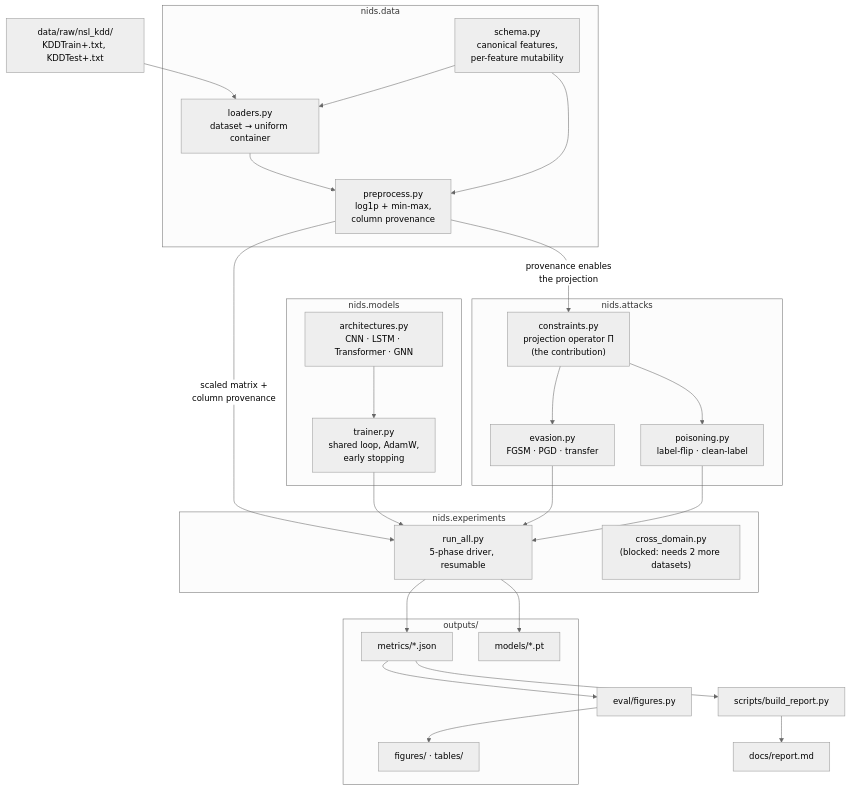
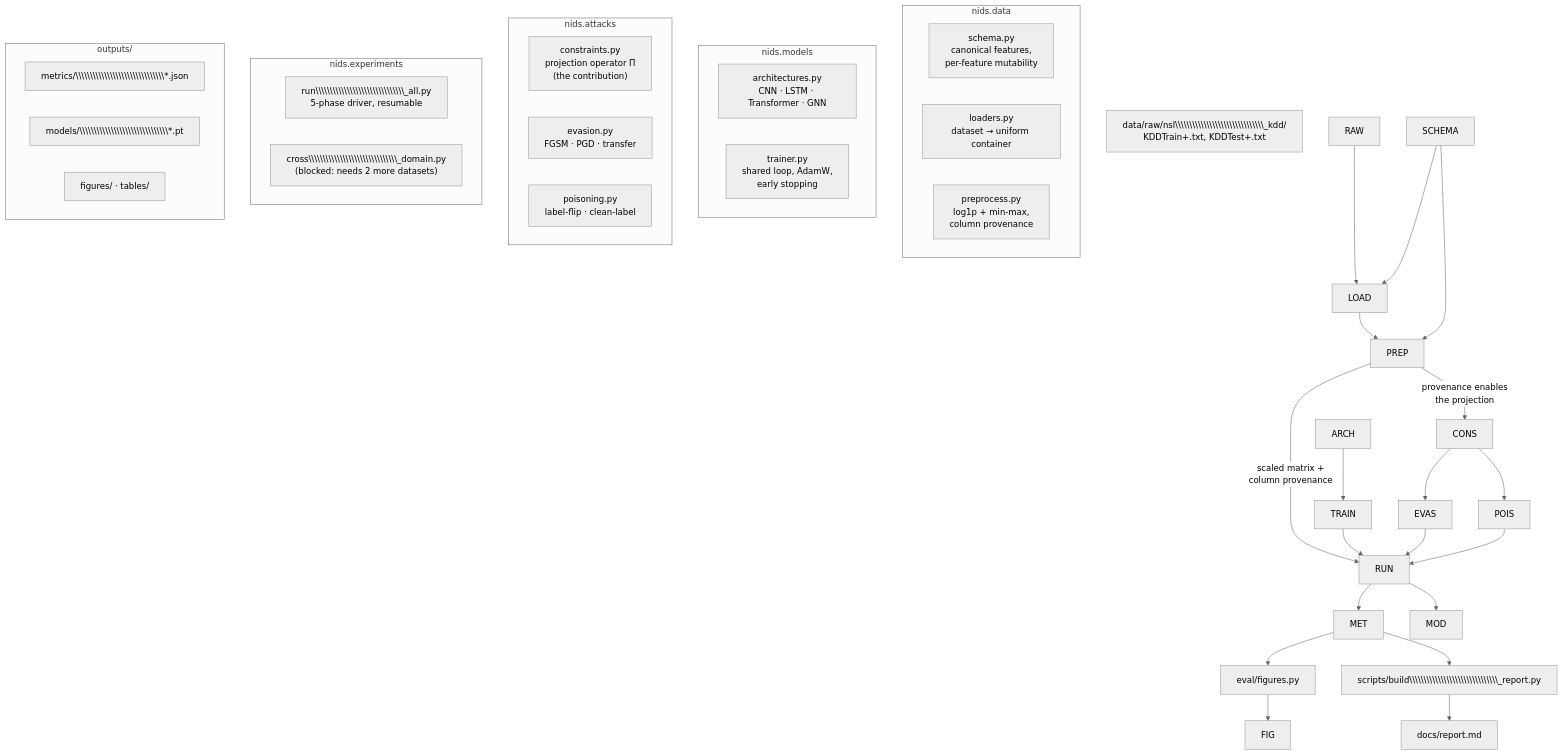
Before and after one commit to GargeeTripathi/nids-adversarial-robustness: the first of 3 diagrams in PROJECT_DOCUMENTATION.md, drawn with Mermaid (neutral theme). The commit also changed other lines of this file, not shown here.

````diff
--- a/PROJECT_DOCUMENTATION.md
+++ b/PROJECT_DOCUMENTATION.md
@@ -199,47 +199,47 @@
 ```mermaid
 flowchart TD
-    RAW["data/raw/nsl_kdd/<br/>KDDTrain+.txt, KDDTest+.txt"]
+    RAW\\\\\\\\\\\\\\\\\\\\\\\\\\\\\\\["data/raw/nsl\\\\\\\\\\\\\\\\\\\\\\\\\\\\\\\_kdd/<br/>KDDTrain+.txt, KDDTest+.txt"]
 
-    subgraph DATA["nids.data"]
-        SCHEMA["schema.py<br/>canonical features,<br/>per-feature mutability"]
-        LOAD["loaders.py<br/>dataset → uniform container"]
-        PREP["preprocess.py<br/>log1p + min-max,<br/>column provenance"]
+    subgraph DATA\\\\\\\\\\\\\\\\\\\\\\\\\\\\\\\["nids.data"]
+        SCHEMA\\\\\\\\\\\\\\\\\\\\\\\\\\\\\\\["schema.py<br/>canonical features,<br/>per-feature mutability"]
+        LOAD\\\\\\\\\\\\\\\\\\\\\\\\\\\\\\\["loaders.py<br/>dataset → uniform container"]
+        PREP\\\\\\\\\\\\\\\\\\\\\\\\\\\\\\\["preprocess.py<br/>log1p + min-max,<br/>column provenance"]
     end
 
-    subgraph MODELS["nids.models"]
-        ARCH["architectures.py<br/>CNN · LSTM · Transformer · GNN"]
-        TRAIN["trainer.py<br/>shared loop, AdamW,<br/>early stopping"]
+    subgraph MODELS\\\\\\\\\\\\\\\\\\\\\\\\\\\\\\\["nids.models"]
+        ARCH\\\\\\\\\\\\\\\\\\\\\\\\\\\\\\\["architectures.py<br/>CNN · LSTM · Transformer · GNN"]
+        TRAIN\\\\\\\\\\\\\\\\\\\\\\\\\\\\\\\["trainer.py<br/>shared loop, AdamW,<br/>early stopping"]
     end
 
-    subgraph ATTACKS["nids.attacks"]
-        CONS["constraints.py<br/>projection operator Π<br/>(the contribution)"]
-        EVAS["evasion.py<br/>FGSM · PGD · transfer"]
-        POIS["poisoning.py<br/>label-flip · clean-label"]
+    subgraph ATTACKS\\\\\\\\\\\\\\\\\\\\\\\\\\\\\\\["nids.attacks"]
+        CONS\\\\\\\\\\\\\\\\\\\\\\\\\\\\\\\["constraints.py<br/>projection operator Π<br/>(the contribution)"]
+        EVAS\\\\\\\\\\\\\\\\\\\\\\\\\\\\\\\["evasion.py<br/>FGSM · PGD · transfer"]
+        POIS\\\\\\\\\\\\\\\\\\\\\\\\\\\\\\\["poisoning.py<br/>label-flip · clean-label"]
     end
 
-    subgraph EXP["nids.experiments"]
-        RUN["run_all.py<br/>5-phase driver, resumable"]
-        CROSS["cross_domain.py<br/>(blocked: needs 2 more datasets)"]
+    subgraph EXP\\\\\\\\\\\\\\\\\\\\\\\\\\\\\\\["nids.experiments"]
+        RUN\\\\\\\\\\\\\\\\\\\\\\\\\\\\\\\["run\\\\\\\\\\\\\\\\\\\\\\\\\\\\\\\_all.py<br/>5-phase driver, resumable"]
+        CROSS\\\\\\\\\\\\\\\\\\\\\\\\\\\\\\\["cross\\\\\\\\\\\\\\\\\\\\\\\\\\\\\\\_domain.py<br/>(blocked: needs 2 more datasets)"]
     end
 
-    subgraph OUT["outputs/"]
-        MET["metrics/*.json"]
-        MOD["models/*.pt"]
-        FIG["figures/ · tables/"]
+    subgraph OUT\\\\\\\\\\\\\\\\\\\\\\\\\\\\\\\["outputs/"]
+        MET\\\\\\\\\\\\\\\\\\\\\\\\\\\\\\\["metrics/\\\\\\\\\\\\\\\\\\\\\\\\\\\\\\\*.json"]
+        MOD\\\\\\\\\\\\\\\\\\\\\\\\\\\\\\\["models/\\\\\\\\\\\\\\\\\\\\\\\\\\\\\\\*.pt"]
+        FIG\\\\\\\\\\\\\\\\\\\\\\\\\\\\\\\["figures/ · tables/"]
     end
 
     RAW --> LOAD --> PREP
     SCHEMA --> LOAD
     SCHEMA --> PREP
     PREP -->|"scaled matrix +<br/>column provenance"| RUN
     PREP -->|"provenance enables<br/>the projection"| CONS
     ARCH --> TRAIN --> RUN
     CONS --> EVAS
     CONS --> POIS
     EVAS --> RUN
     POIS --> RUN
     RUN --> MET
     RUN --> MOD
-    MET --> FIGS["eval/figures.py"] --> FIG
-    MET --> REPORT["scripts/build_report.py"] --> DOCS["docs/report.md"]
+    MET --> FIGS\\\\\\\\\\\\\\\\\\\\\\\\\\\\\\\["eval/figures.py"] --> FIG
+    MET --> REPORT\\\\\\\\\\\\\\\\\\\\\\\\\\\\\\\["scripts/build\\\\\\\\\\\\\\\\\\\\\\\\\\\\\\\_report.py"] --> DOCS\\\\\\\\\\\\\\\\\\\\\\\\\\\\\\\["docs/report.md"]
 ```
````
